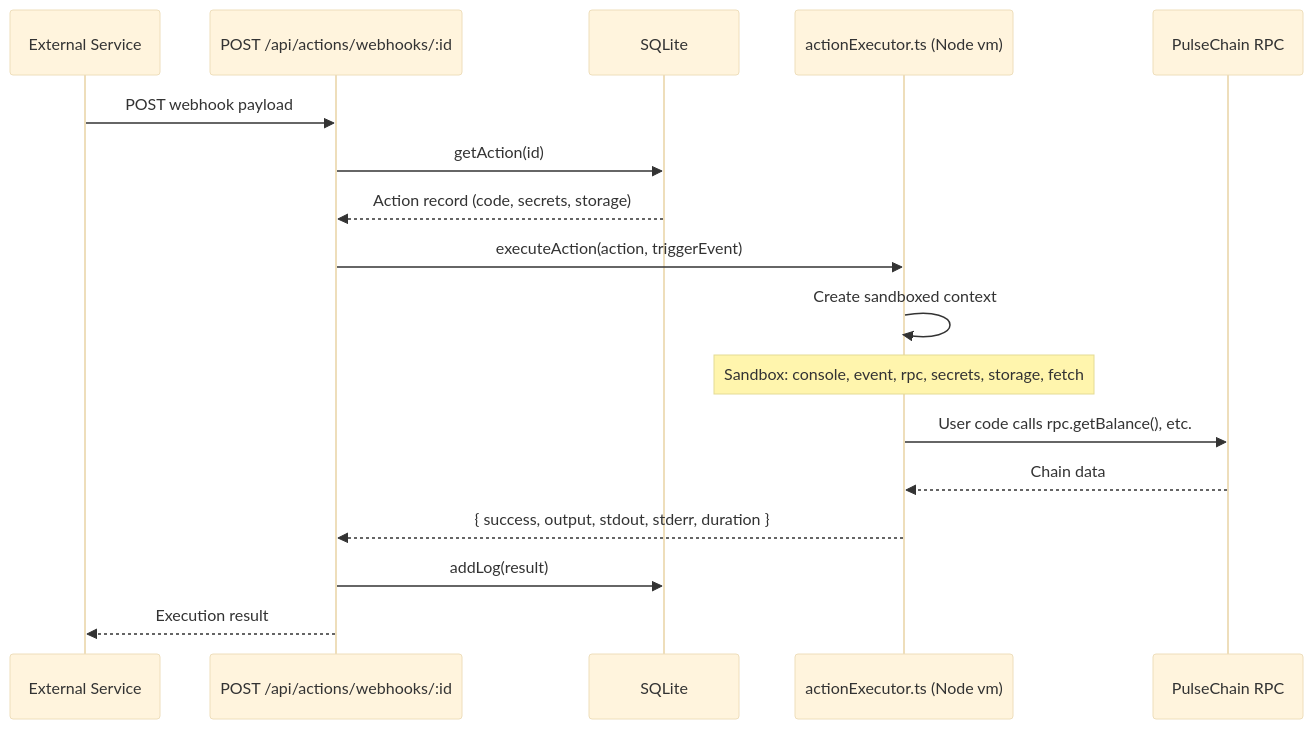
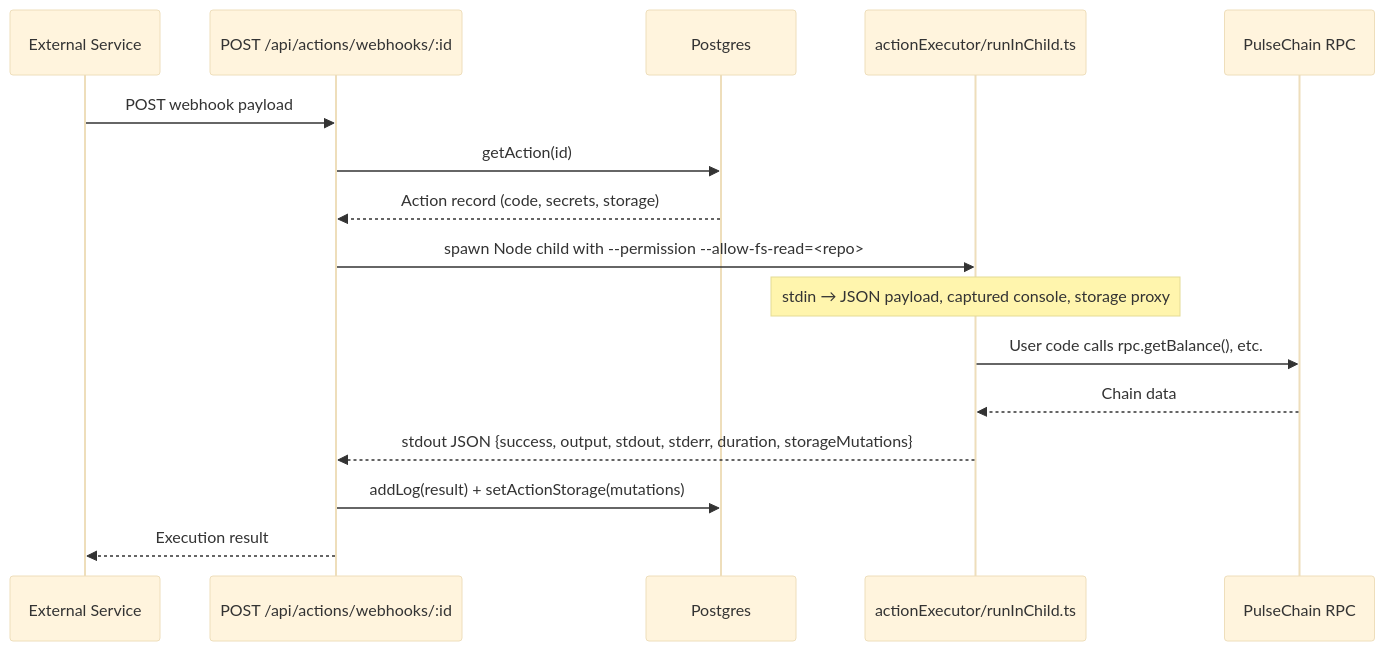
One commit to valve-tech/trace changed the fourth of 4 diagrams in docs/CODEBASE_MAP.md. Above: the diagram before and after it, drawn with Mermaid (base theme). The commit also changed other lines of this file and 1 other file, not shown here.

````diff
--- a/docs/CODEBASE_MAP.md
+++ b/docs/CODEBASE_MAP.md
@@ -260,20 +451,19 @@
 ```mermaid
 sequenceDiagram
     participant Ext as External Service
     participant API as POST /api/actions/webhooks/:id
-    participant DB as SQLite
-    participant VM as actionExecutor.ts (Node vm)
+    participant DB as Postgres
+    participant Child as actionExecutor/runInChild.ts
     participant RPC as PulseChain RPC
 
     Ext->>API: POST webhook payload
     API->>DB: getAction(id)
     DB-->>API: Action record (code, secrets, storage)
-    API->>VM: executeAction(action, triggerEvent)
-    VM->>VM: Create sandboxed context
-    Note over VM: Sandbox: console, event, rpc, secrets, storage, fetch
-    VM->>RPC: User code calls rpc.getBalance(), etc.
-    RPC-->>VM: Chain data
-    VM-->>API: { success, output, stdout, stderr, duration }
-    API->>DB: addLog(result)
+    API->>Child: spawn Node child with --permission --allow-fs-read=<repo>
+    Note over Child: stdin → JSON payload, captured console, storage proxy
+    Child->>RPC: User code calls rpc.getBalance(), etc.
+    RPC-->>Child: Chain data
+    Child-->>API: stdout JSON {success, output, stdout, stderr, duration, storageMutations}
+    API->>DB: addLog(result) + setActionStorage(mutations)
     API-->>Ext: Execution result
 ```
````
